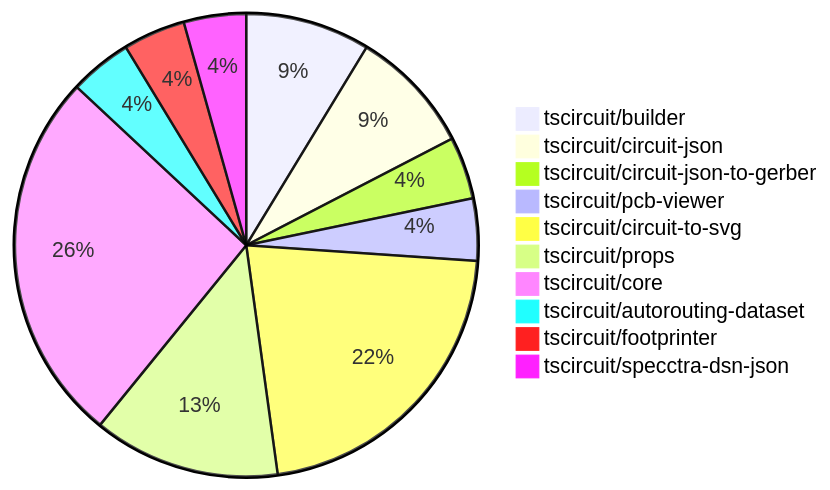
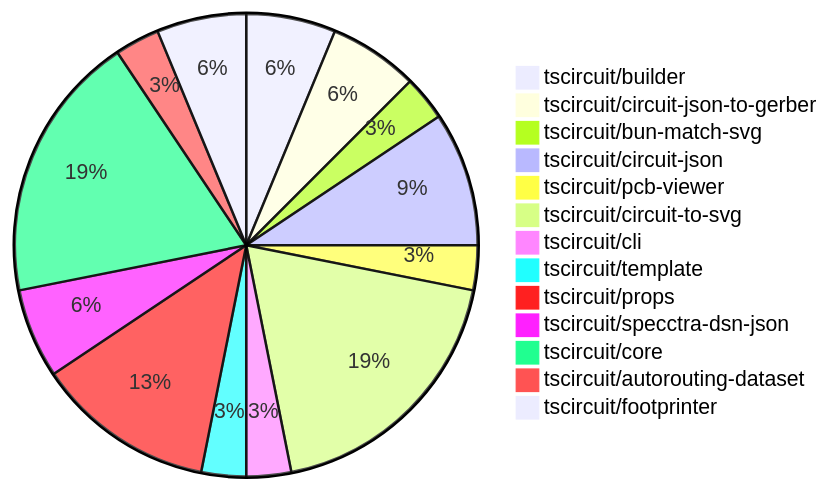
One commit to tscircuit/contribution-tracker changed the diagram in README.md. Above: the diagram before and after it, drawn with Mermaid. The commit also changed other lines of this file and 1 other file, not shown here.

````diff
--- a/README.md
+++ b/README.md
@@ -24,13 +24,16 @@
 ```mermaid
 pie
     "tscircuit/builder" : 2
-    "tscircuit/circuit-json" : 2
-    "tscircuit/circuit-json-to-gerber" : 1
+    "tscircuit/circuit-json-to-gerber" : 2
+    "tscircuit/bun-match-svg" : 1
+    "tscircuit/circuit-json" : 3
     "tscircuit/pcb-viewer" : 1
-    "tscircuit/circuit-to-svg" : 5
-    "tscircuit/props" : 3
+    "tscircuit/circuit-to-svg" : 6
+    "tscircuit/cli" : 1
+    "tscircuit/template" : 1
+    "tscircuit/props" : 4
+    "tscircuit/specctra-dsn-json" : 2
     "tscircuit/core" : 6
     "tscircuit/autorouting-dataset" : 1
-    "tscircuit/footprinter" : 1
-    "tscircuit/specctra-dsn-json" : 1
+    "tscircuit/footprinter" : 2
 ```
````
